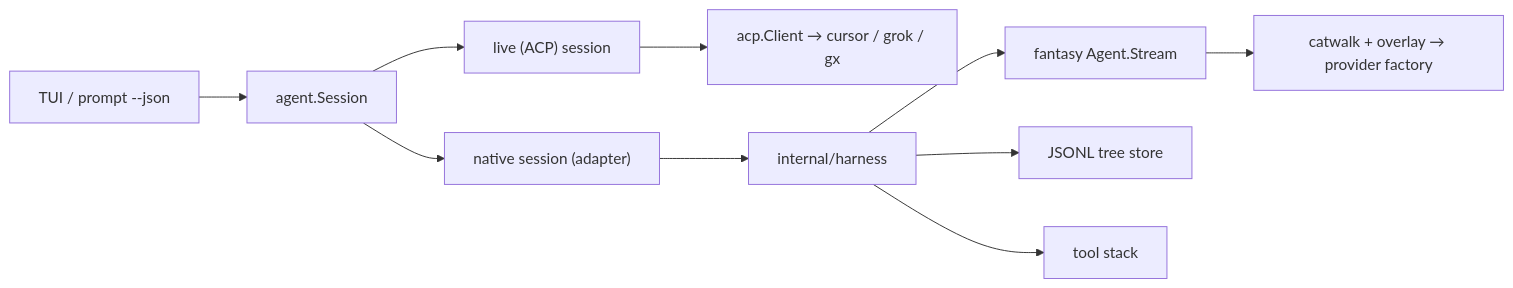
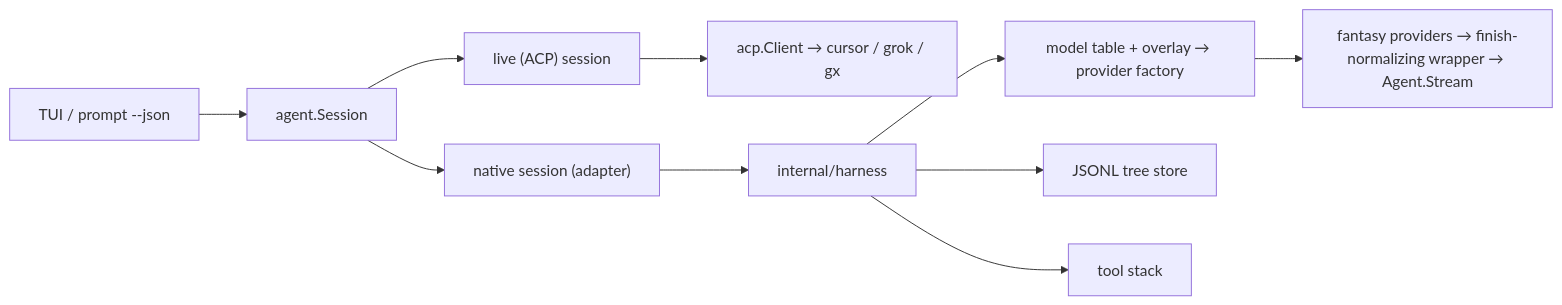
The diagram in discovery/native-harness/02-architecture.md (charliek/craze), drawn with Mermaid before and after one commit. The commit also changed other lines of this file and 8 other files, not shown here.

````diff
--- a/discovery/native-harness/02-architecture.md
+++ b/discovery/native-harness/02-architecture.md
@@ -13,12 +13,12 @@
 ```mermaid
 flowchart LR
   tui["TUI / prompt --json"] --> session["agent.Session"]
   session --> live["live (ACP) session"]
   session --> native["native session (adapter)"]
   live --> acp["acp.Client → cursor / grok / gx"]
   native --> harness["internal/harness"]
-  harness --> fantasy["fantasy Agent.Stream"]
+  harness --> providers["model table + overlay → provider factory"]
+  providers --> fantasy["fantasy providers → finish-normalizing wrapper → Agent.Stream"]
   harness --> store["JSONL tree store"]
   harness --> tools["tool stack"]
-  fantasy --> providers["catwalk + overlay → provider factory"]
 ```
````
